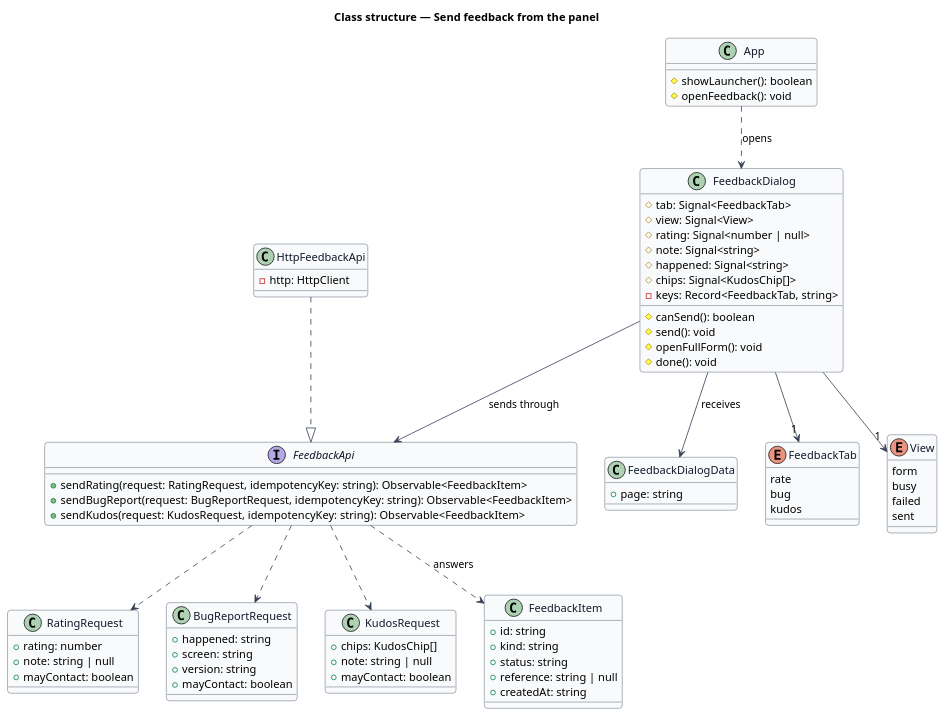
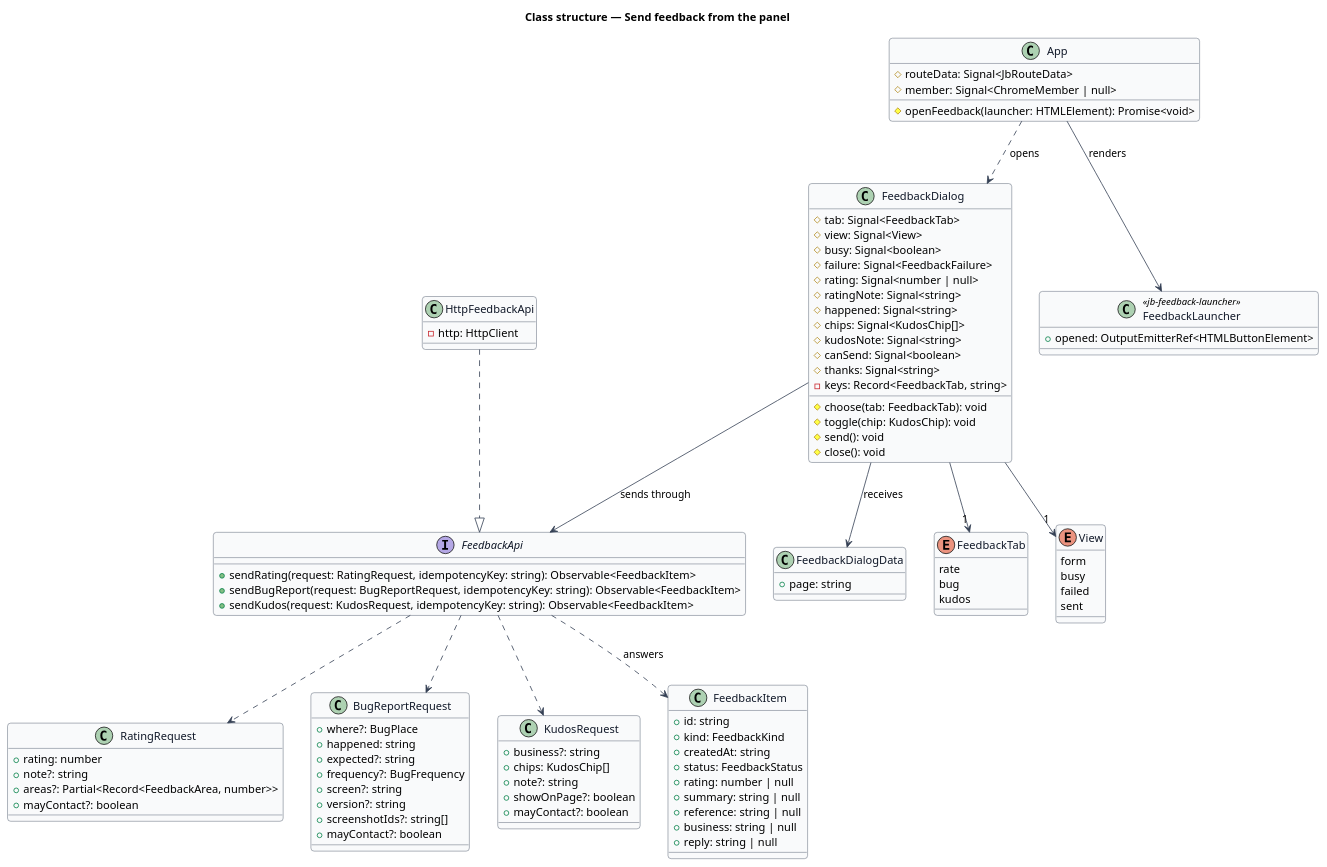
Before and after one commit to QuinntyneBrown/jubilee: the diagram in docs/detailed-designs/feedback/send-feedback-from-panel/diagrams/class-structure.puml, drawn with PlantUML. The commit also changed 56 other files, not shown here.

```diff
--- a/docs/detailed-designs/feedback/send-feedback-from-panel/diagrams/class-structure.puml
+++ b/docs/detailed-designs/feedback/send-feedback-from-panel/diagrams/class-structure.puml
@@ -1,99 +1,121 @@
 @startuml
 ' --- shared skin header ---
 skinparam backgroundColor #FFFFFF
 skinparam shadowing false
 skinparam roundcorner 8
 skinparam defaultFontName Arial
 skinparam ArrowColor #344054
 skinparam class {
   BorderColor #344054
   FontColor #101828
   BackgroundColor #F9FAFB
 }
 ' --------------------------
 title Class structure — Send feedback from the panel
 
 interface FeedbackApi {
   +sendRating(request: RatingRequest, idempotencyKey: string): Observable<FeedbackItem>
   +sendBugReport(request: BugReportRequest, idempotencyKey: string): Observable<FeedbackItem>
   +sendKudos(request: KudosRequest, idempotencyKey: string): Observable<FeedbackItem>
 }
 
 class HttpFeedbackApi {
   -http: HttpClient
 }
 
 class FeedbackDialog {
   #tab: Signal<FeedbackTab>
   #view: Signal<View>
+  #busy: Signal<boolean>
+  #failure: Signal<FeedbackFailure>
   #rating: Signal<number | null>
-  #note: Signal<string>
+  #ratingNote: Signal<string>
   #happened: Signal<string>
   #chips: Signal<KudosChip[]>
+  #kudosNote: Signal<string>
+  #canSend: Signal<boolean>
+  #thanks: Signal<string>
   -keys: Record<FeedbackTab, string>
-  #canSend(): boolean
+  #choose(tab: FeedbackTab): void
+  #toggle(chip: KudosChip): void
   #send(): void
-  #openFullForm(): void
-  #done(): void
+  #close(): void
 }
 
 class FeedbackDialogData {
   +page: string
 }
 
 enum FeedbackTab {
   rate
   bug
   kudos
 }
 
 enum View {
   form
   busy
   failed
   sent
 }
 
 class RatingRequest {
   +rating: number
-  +note: string | null
-  +mayContact: boolean
+  +note?: string
+  +areas?: Partial<Record<FeedbackArea, number>>
+  +mayContact?: boolean
 }
 
 class BugReportRequest {
+  +where?: BugPlace
   +happened: string
-  +screen: string
-  +version: string
-  +mayContact: boolean
+  +expected?: string
+  +frequency?: BugFrequency
+  +screen?: string
+  +version?: string
+  +screenshotIds?: string[]
+  +mayContact?: boolean
 }
 
 class KudosRequest {
+  +business?: string
   +chips: KudosChip[]
-  +note: string | null
-  +mayContact: boolean
+  +note?: string
+  +showOnPage?: boolean
+  +mayContact?: boolean
 }
 
 class FeedbackItem {
   +id: string
-  +kind: string
-  +status: string
+  +kind: FeedbackKind
+  +createdAt: string
+  +status: FeedbackStatus
+  +rating: number | null
+  +summary: string | null
   +reference: string | null
-  +createdAt: string
+  +business: string | null
+  +reply: string | null
 }
 
 class App {
-  #showLauncher(): boolean
-  #openFeedback(): void
+  #routeData: Signal<JbRouteData>
+  #member: Signal<ChromeMember | null>
+  #openFeedback(launcher: HTMLElement): Promise<void>
+}
+
+class FeedbackLauncher <<jb-feedback-launcher>> {
+  +opened: OutputEmitterRef<HTMLButtonElement>
 }
 
 HttpFeedbackApi ..|> FeedbackApi
+App --> FeedbackLauncher : renders
 App ..> FeedbackDialog : opens
 FeedbackDialog --> FeedbackDialogData : receives
 FeedbackDialog --> FeedbackApi : sends through
 FeedbackDialog --> "1" FeedbackTab
 FeedbackDialog --> "1" View
 FeedbackApi ..> RatingRequest
 FeedbackApi ..> BugReportRequest
 FeedbackApi ..> KudosRequest
 FeedbackApi ..> FeedbackItem : answers
 @enduml
```
